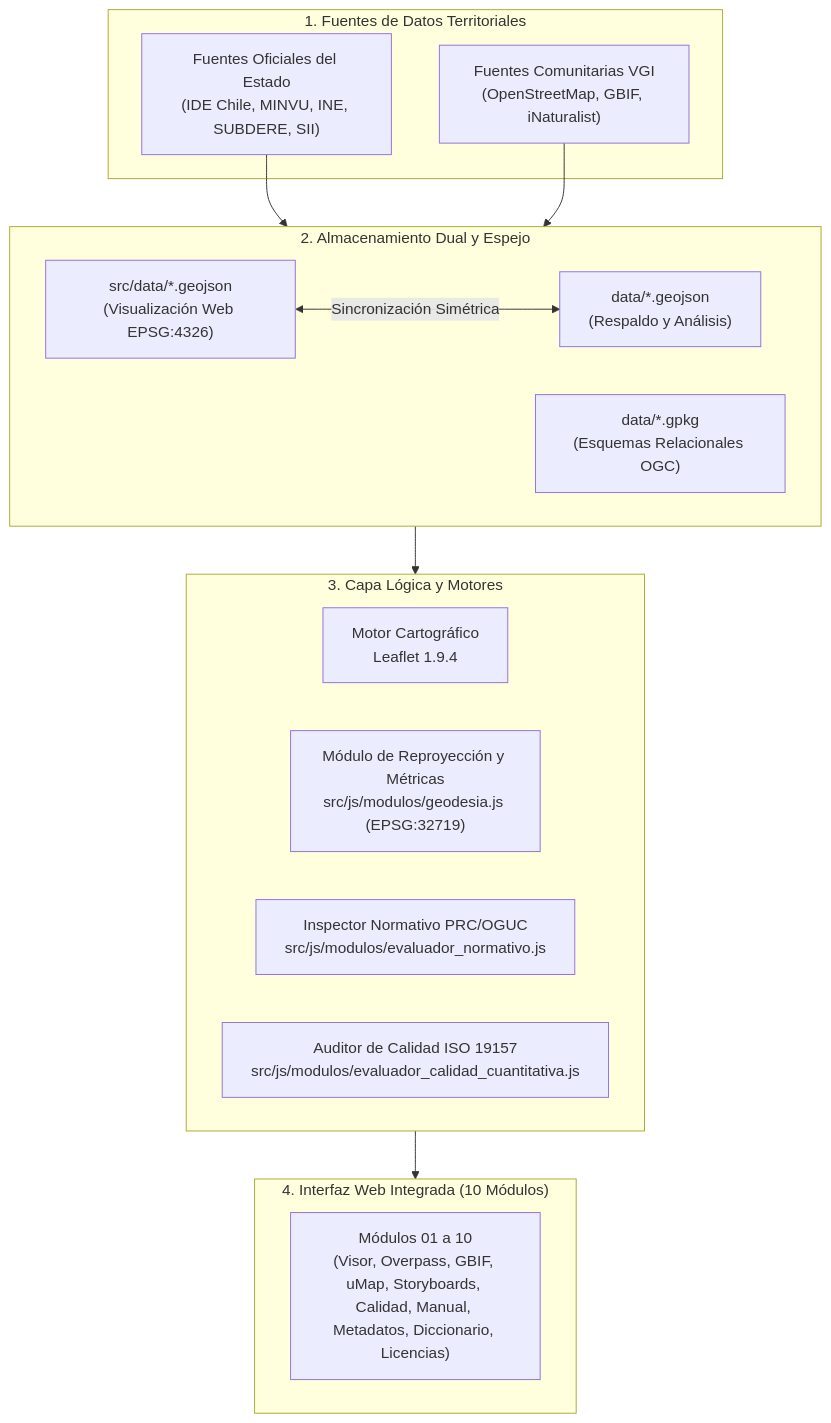
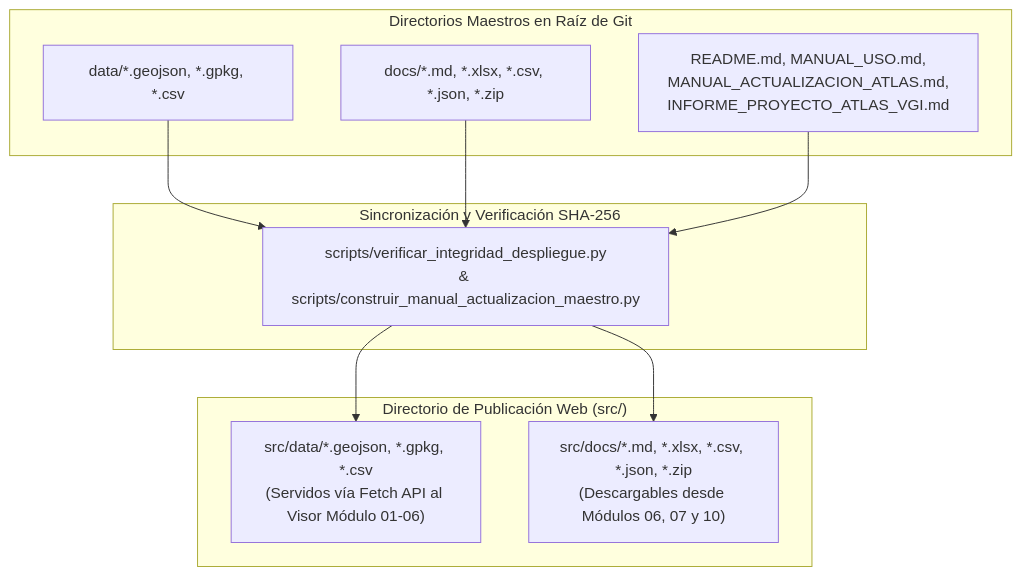
One commit to GEOJOTA/atlas_vgi_territorial changed the second of 2 diagrams in PROTOCOL_INTEGRIDAD_Y_DESPLIEGUE.md. Above: the diagram before and after it, drawn with Mermaid. The commit also changed other lines of this file and 39 other files, not shown here.

Commit message:
docs(proyecto,web): actualizar todos los documentos del proyecto con diagramas pipeline, rutas verificables y coherencia total con la plataforma web

````diff
--- a/PROTOCOL_INTEGRIDAD_Y_DESPLIEGUE.md
+++ b/PROTOCOL_INTEGRIDAD_Y_DESPLIEGUE.md
@@ -91,29 +50,19 @@
 ```mermaid
 flowchart TD
-    subgraph Fuentes ["1. Fuentes de Datos Territoriales"]
-        A1["Fuentes Oficiales del Estado<br/>(IDE Chile, MINVU, INE, SUBDERE, SII)"]
-        A2["Fuentes Comunitarias VGI<br/>(OpenStreetMap, GBIF, iNaturalist)"]
+    subgraph RAIZ["Directorios Maestros en Raíz de Git"]
+        R_DATA["data/*.geojson, *.gpkg, *.csv"]
+        R_DOCS["docs/*.md, *.xlsx, *.csv, *.json, *.zip"]
+        R_MD["README.md, MANUAL_USO.md,<br/>MANUAL_ACTUALIZACION_ATLAS.md,<br/>INFORME_PROYECTO_ATLAS_VGI.md"]
     end
 
-    subgraph Almacenamiento ["2. Almacenamiento Dual y Espejo"]
-        B1["src/data/*.geojson<br/>(Visualización Web EPSG:4326)"]
-        B2["data/*.geojson<br/>(Respaldo y Análisis)"]
-        B3["data/*.gpkg<br/>(Esquemas Relacionales OGC)"]
-        B1 <-->|Sincronización Simétrica| B2
+    subgraph SYNC["Sincronización y Verificación SHA-256"]
+        S_SCRIPT["scripts/verificar_integridad_despliegue.py<br/>& scripts/construir_manual_actualizacion_maestro.py"]
     end
 
-    subgraph Logica ["3. Capa Lógica y Motores"]
-        C1["Motor Cartográfico<br/>Leaflet 1.9.4"]
-        C2["Módulo de Reproyección y Métricas<br/>src/js/modulos/geodesia.js (EPSG:32719)"]
-        C3["Inspector Normativo PRC/OGUC<br/>src/js/modulos/evaluador_normativo.js"]
-        C4["Auditor de Calidad ISO 19157<br/>src/js/modulos/evaluador_calidad_cuantitativa.js"]
+    subgraph WEB["Directorio de Publicación Web (src/)"]
+        W_DATA["src/data/*.geojson, *.gpkg, *.csv<br/>(Servidos vía Fetch API al Visor Módulo 01-06)"]
+        W_DOCS["src/docs/*.md, *.xlsx, *.csv, *.json, *.zip<br/>(Descargables desde Módulos 06, 07 y 10)"]
     end
 
-    subgraph UI ["4. Interfaz Web Integrada (10 Módulos)"]
-        D1["Módulos 01 a 10<br/>(Visor, Overpass, GBIF, uMap, Storyboards, Calidad, Manual, Metadatos, Diccionario, Licencias)"]
-    end
-
-    A1 & A2 --> Almacenamiento
-    Almacenamiento --> Logica
-    Logica --> UI
+    R_DATA & R_DOCS & R_MD --> S_SCRIPT --> W_DATA & W_DOCS
 ```
````
